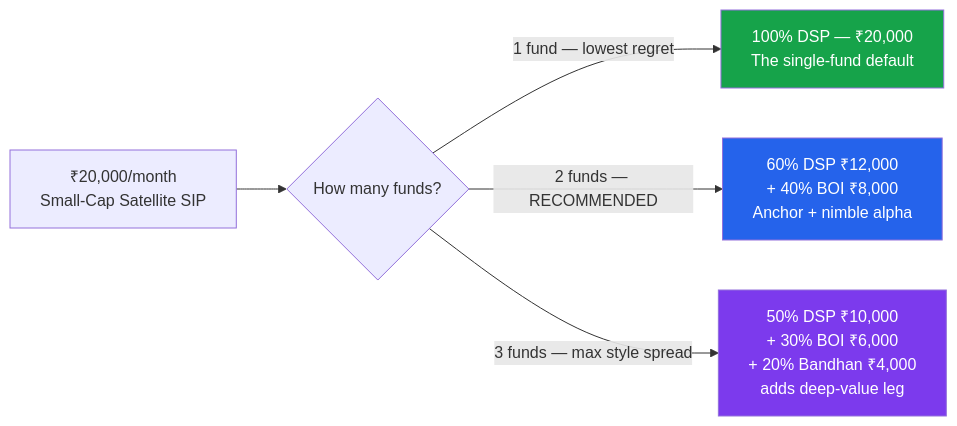
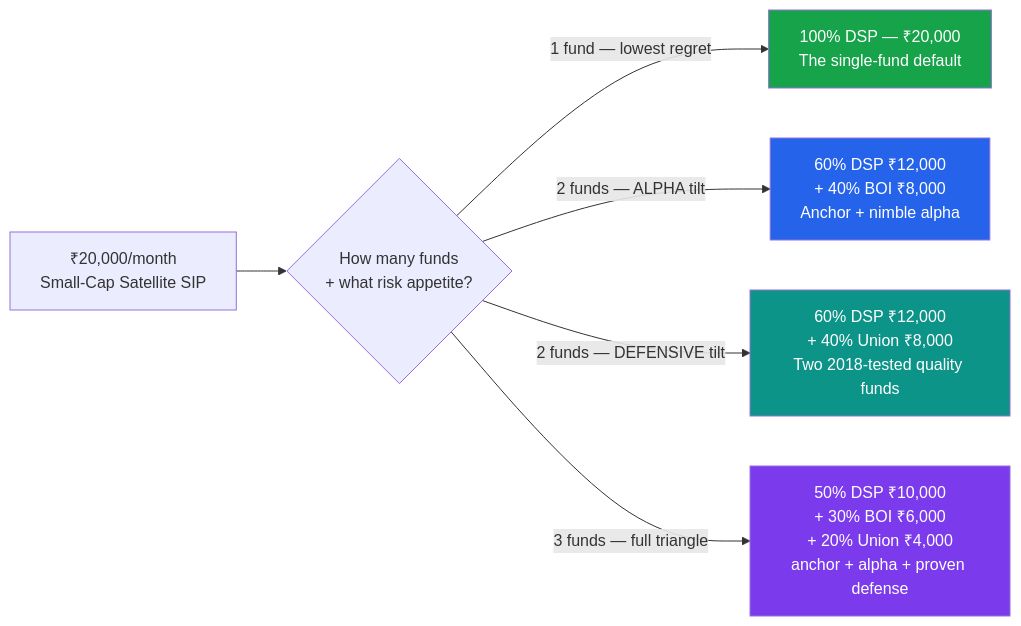
One commit to mayankutkarsh334/Investment changed the fourth of 5 diagrams in Mutual Fund/SmallCap/decision_tree.md. Above: the diagram before and after it, drawn with Mermaid. The commit also changed other lines of this file and 13 other files, not shown here.

Commit message:
Updated small cap

````diff
--- a/Mutual Fund/SmallCap/decision_tree.md
+++ b/Mutual Fund/SmallCap/decision_tree.md
@@ -206,10 +231,12 @@
 ```mermaid
 flowchart LR
-    A[₹20,000/month<br/>Small-Cap Satellite SIP] --> B{How many funds?}
+    A[₹20,000/month<br/>Small-Cap Satellite SIP] --> B{How many funds<br/>+ what risk appetite?}
     B -->|1 fund — lowest regret| C[100% DSP — ₹20,000<br/>The single-fund default]
-    B -->|2 funds — RECOMMENDED| D[60% DSP ₹12,000<br/>+ 40% BOI ₹8,000<br/>Anchor + nimble alpha]
-    B -->|3 funds — max style spread| E[50% DSP ₹10,000<br/>+ 30% BOI ₹6,000<br/>+ 20% Bandhan ₹4,000<br/>adds deep-value leg]
+    B -->|2 funds — ALPHA tilt| D[60% DSP ₹12,000<br/>+ 40% BOI ₹8,000<br/>Anchor + nimble alpha]
+    B -->|2 funds — DEFENSIVE tilt| E[60% DSP ₹12,000<br/>+ 40% Union ₹8,000<br/>Two 2018-tested quality funds]
+    B -->|3 funds — full triangle| F[50% DSP ₹10,000<br/>+ 30% BOI ₹6,000<br/>+ 20% Union ₹4,000<br/>anchor + alpha + proven defense]
     style C fill:#16a34a,color:#fff
     style D fill:#2563eb,color:#fff
-    style E fill:#7c3aed,color:#fff
+    style E fill:#0d9488,color:#fff
+    style F fill:#7c3aed,color:#fff
 ```
````
